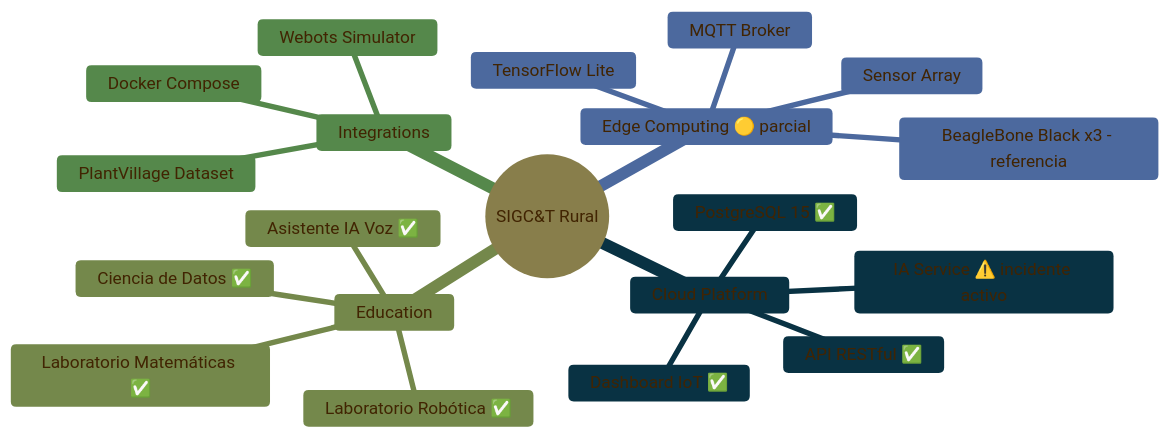
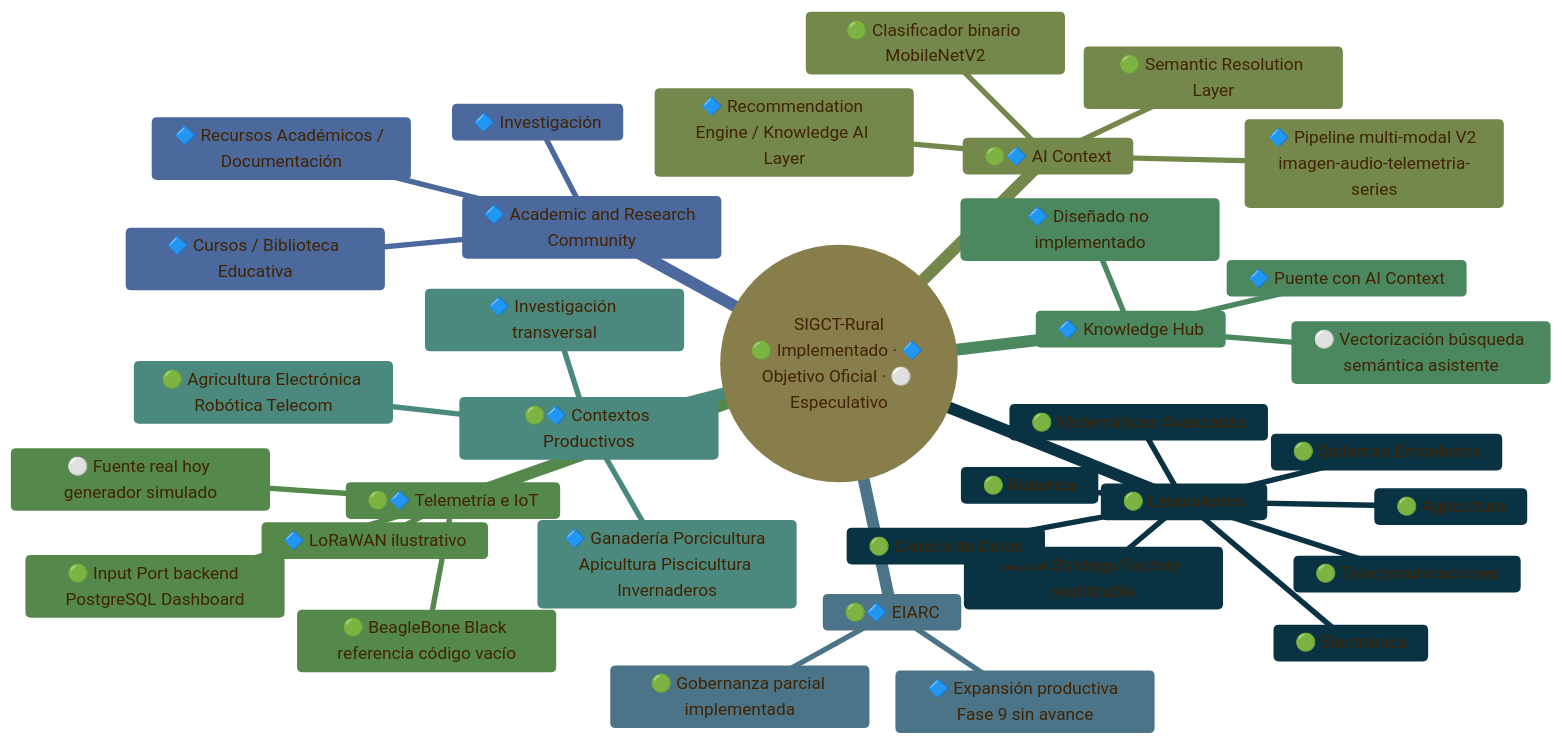
Before and after one commit to badolgm/sigcTiArural: the first of 5 diagrams in README.md, drawn with Mermaid. The commit also changed other lines of this file and 1 other file, not shown here.

Commit message:
docs(readme): finalize V8 architecture alignment and visual layout fixes

````diff
--- a/README.md
+++ b/README.md
@@ -151,24 +151,39 @@
 ```mermaid
 %%{init: {'theme':'base', 'themeVariables': { 'primaryColor':'#c2ba91','primaryTextColor':'#412402','primaryBorderColor':'#3f9999','lineColor':'#6e854349','secondaryColor':'#1887b3','tertiaryColor':'#9badcf'}}}%%
 mindmap
-  root((SIGC&T Rural))
-    Cloud Platform
-      Dashboard IoT ✅
-      API RESTful ✅
-      PostgreSQL 15 ✅
-      IA Service ⚠️ incidente activo
-    Edge Computing 🟡 parcial
-      BeagleBone Black x3 - referencia
-      MQTT Broker
-      TensorFlow Lite
-      Sensor Array
-    Education
-      Laboratorio Robótica ✅
-      Laboratorio Matemáticas ✅
-      Ciencia de Datos ✅
-      Asistente IA Voz ✅
-    Integrations
-      PlantVillage Dataset
-      Webots Simulator
-      Docker Compose
+  root((SIGCT-Rural<br/>🟢 Implementado · 🔷 Objetivo Oficial · ⚪ Especulativo))
+    🟢 Laboratorios
+      Motor Strategy/Factory reutilizable
+      🟢 Agricultura
+      🟢 Electrónica
+      🟢 Robótica
+      🟢 Telecomunicaciones
+      🟢 Sistemas Embebidos
+      🟢 Matemáticas Avanzadas
+      🟢 Ciencia de Datos
+    🔷 Academic and Research Community
+      🔷 Cursos / Biblioteca Educativa
+      🔷 Investigación
+      🔷 Recursos Académicos / Documentación
+    🟢🔷 AI Context
+      🟢 Clasificador binario MobileNetV2
+      🟢 Semantic Resolution Layer
+      🔷 Pipeline multi-modal V2 imagen-audio-telemetria-series
+      🔷 Recommendation Engine / Knowledge AI Layer
+    🟢🔷 Telemetría e IoT
+      🟢 Input Port backend PostgreSQL Dashboard
+      🟢 BeagleBone Black referencia código vacío
+      🔷 LoRaWAN ilustrativo
+      ⚪ Fuente real hoy generador simulado
+    🔷 Knowledge Hub
+      🔷 Diseñado no implementado
+      🔷 Puente con AI Context
+      ⚪ Vectorización búsqueda semántica asistente
+    🟢🔷 Contextos Productivos
+      🟢 Agricultura Electrónica Robótica Telecom
+      🔷 Ganadería Porcicultura Apicultura Piscicultura Invernaderos
+      🔷 Investigación transversal
+    🟢🔷 EIARC
+      🟢 Gobernanza parcial implementada
+      🔷 Expansión productiva Fase 9 sin avance
 ```
````
